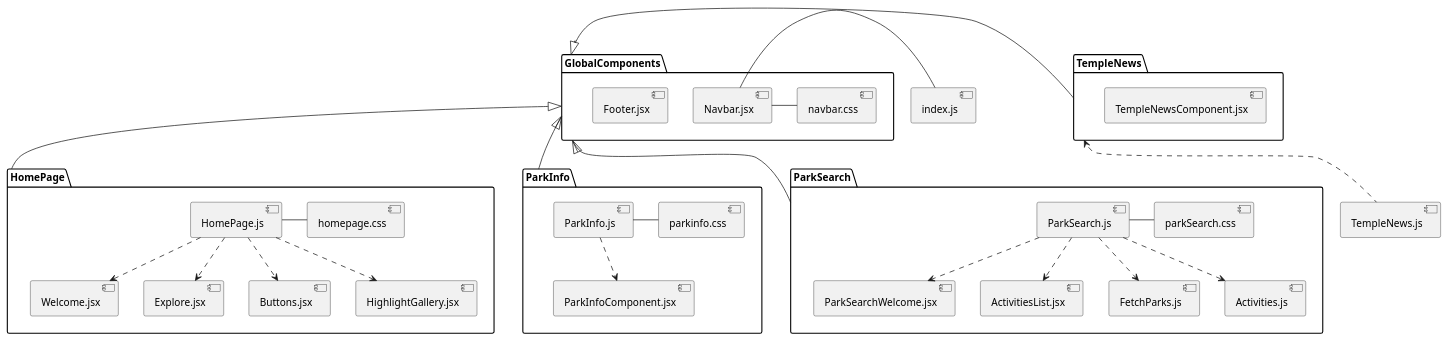
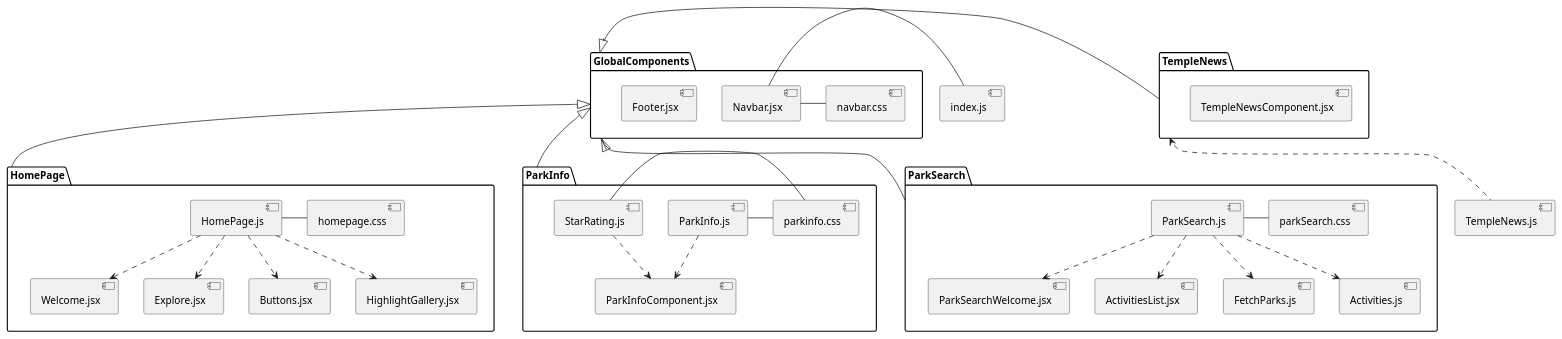
Before and after one commit to IskraLlupa25/llupa-sheldon-nguyen: the diagram in Diagrams/ParkPlanClassDiagram.puml, drawn with PlantUML.

Commit message:
Updated ParkPlanClassDiagram.puml to reflect addition of StarRating.js

```diff
--- a/Diagrams/ParkPlanClassDiagram.puml
+++ b/Diagrams/ParkPlanClassDiagram.puml
@@ -1,71 +1,73 @@
 @startuml ParkPlan
 
 package HomePage {
   [HomePage.js] - [homepage.css]
   [HomePage.js] ..> [Welcome.jsx]
   [HomePage.js] ..> [Explore.jsx]
   [HomePage.js] ..> [Buttons.jsx]
   [HomePage.js] ..> [HighlightGallery.jsx]
   
 }
 
 package ParkInfo {
   [ParkInfo.js] - [parkinfo.css]
+  [StarRating.js] - [parkinfo.css]
+  [StarRating.js] ..> [ParkInfoComponent.jsx]
   [ParkInfo.js] ..> [ParkInfoComponent.jsx]
 }
 
 package ParkSearch {
   [ParkSearch.js] - [parkSearch.css]
   [ParkSearch.js] ..> [ParkSearchWelcome.jsx]
   [ParkSearch.js] ..> [ActivitiesList.jsx]
   [ParkSearch.js] ..> [FetchParks.js]
   [ParkSearch.js] ..> [Activities.js]
 }
 
 package GlobalComponents {
   [Navbar.jsx] - [navbar.css]
   [Footer.jsx]
 }
 
 package TempleNews {
   [TempleNewsComponent.jsx]
 }
 
 [TempleNews.js] .up.> TempleNews
 
 [index.js] - [Navbar.jsx]
 
 GlobalComponents <|-down- HomePage
 GlobalComponents <|-down- ParkInfo
 GlobalComponents <|-down- ParkSearch
 GlobalComponents <|-left- TempleNews
 'HomePage .up.> GlobalComponents
 'ParkInfo .up.> GlobalComponents
 'ParkSearch ..> GlobalComponents
 
 '[Welcome.jsx] ..> [Navbar.jsx]
 '[Explore.jsx] ..> [Navbar.jsx]
 '[Buttons.jsx] ..> [Navbar.jsx]
 '[ParkInfoComponent.jsx] ..> [Navbar.jsx]
 '[ParkSearchWelcome.jsx] ..> [Navbar.jsx]
 '[ActivitiesList.jsx] ..> [Navbar.jsx]
 
 '[Welcome.jsx] ..> [Footer.jsx]
 '[Explore.jsx] ..> [Footer.jsx]
 '[Buttons.jsx] ..> [Footer.jsx]
 '[ParkInfoComponent.jsx] ..> [Footer.jsx]
 '[ParkSearchWelcome.jsx] ..> [Footer.jsx]
 '[ActivitiesList.jsx] ..> [Footer.jsx]
 
 '[public/index.html] -right-> [HomePage.js]
 '[public/index.html] -right-> [ParkPlan.js]
 '[public/index.html] -right-> [ParkInfo.js]
 '[public/index.html] -right-> [ParkSearch.js]
 
 '[React] -up-> [index.js]
 '[React Router] -up-> [index.js]
 
 'index.js -right-> [Navbar.jsx]
 'index.js -right-> [Footer.jsx]
 
 @enduml
```
